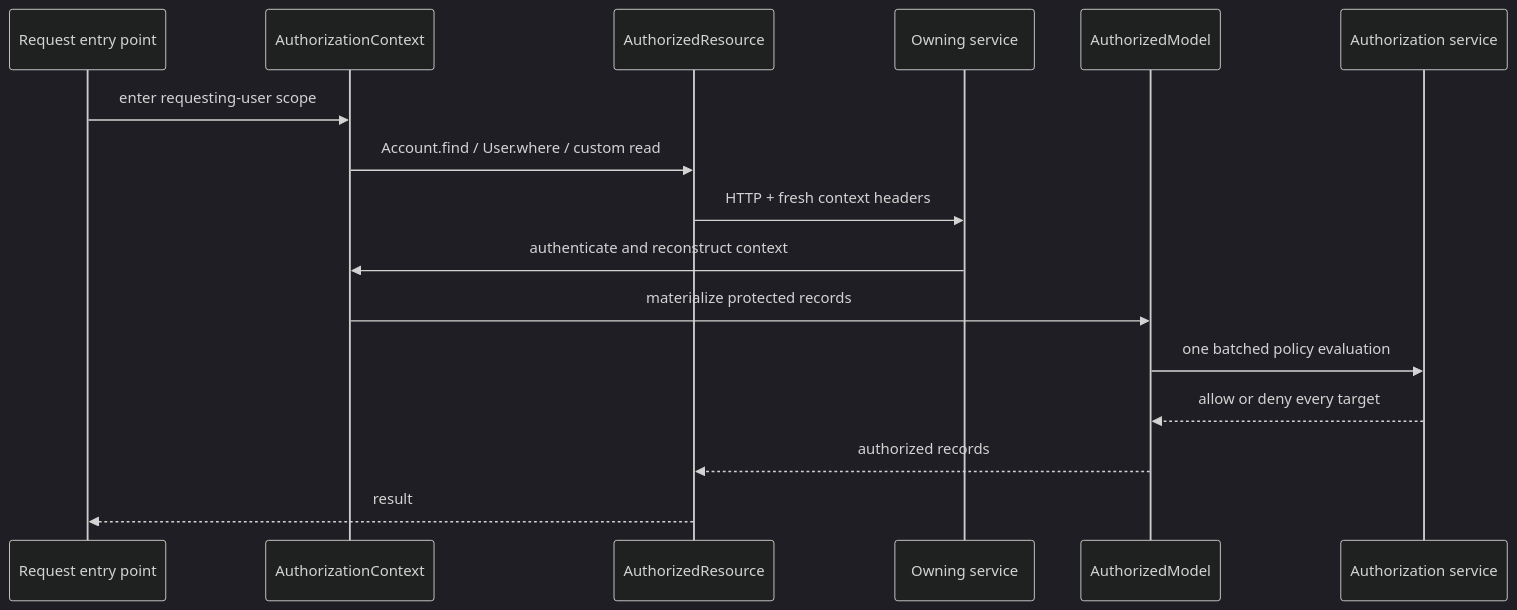
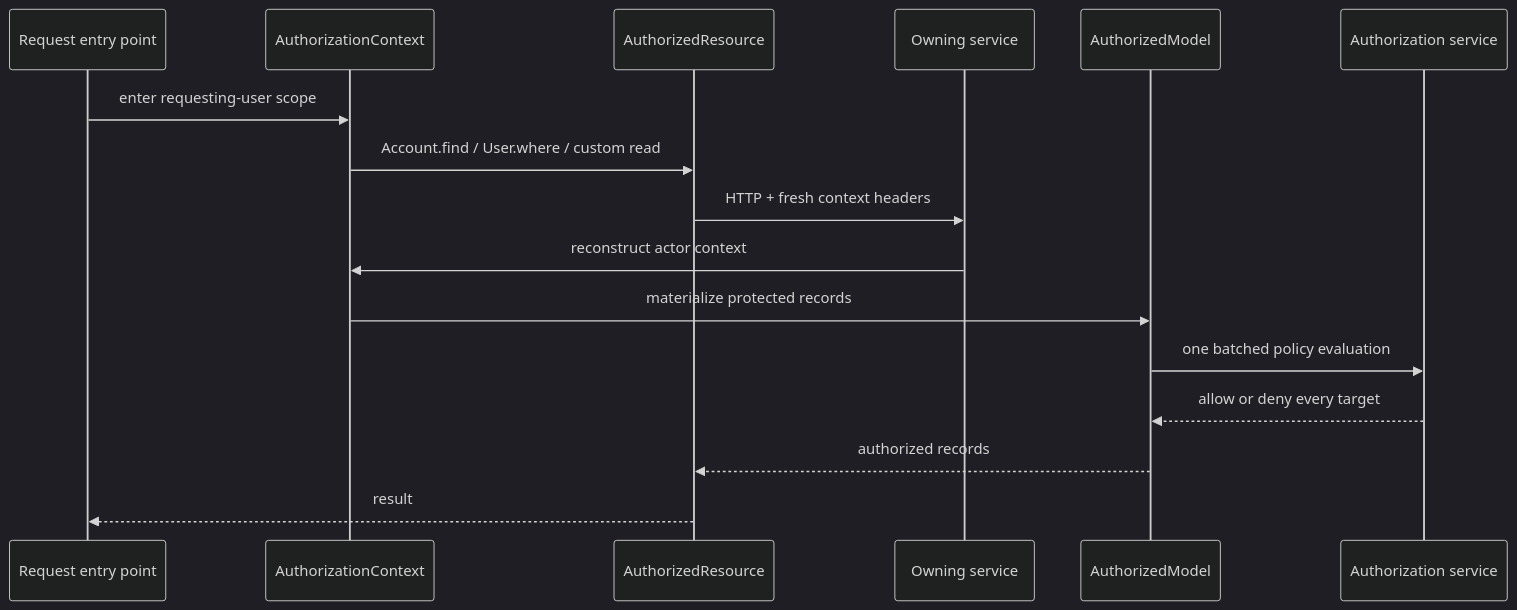
Before and after one commit to meleneth/whirred-io: the diagram in docs/articles/series/IAM-System-Demo/dev-affordances-explicit-authorization-boundaries.md, drawn with Mermaid (dark theme). The commit also changed other lines of this file and 16 other files, not shown here.

````diff
--- a/docs/articles/series/IAM-System-Demo/dev-affordances-explicit-authorization-boundaries.md
+++ b/docs/articles/series/IAM-System-Demo/dev-affordances-explicit-authorization-boundaries.md
@@ -25,19 +25,19 @@
 ```mermaid
 sequenceDiagram
   participant Entry as Request entry point
   participant Context as AuthorizationContext
   participant Remote as AuthorizedResource
   participant API as Owning service
   participant Model as AuthorizedModel
   participant Auth as Authorization service
 
   Entry->>Context: enter requesting-user scope
   Context->>Remote: Account.find / User.where / custom read
   Remote->>API: HTTP + fresh context headers
-  API->>Context: authenticate and reconstruct context
+  API->>Context: reconstruct actor context
   Context->>Model: materialize protected records
   Model->>Auth: one batched policy evaluation
   Auth-->>Model: allow or deny every target
   Model-->>Remote: authorized records
   Remote-->>Entry: result
 ```
````
